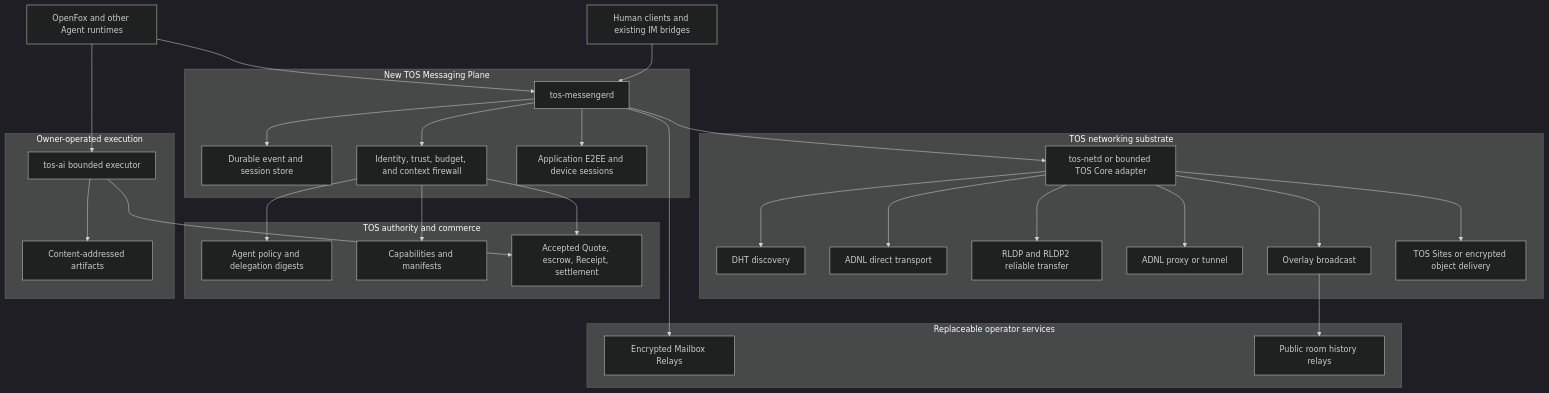
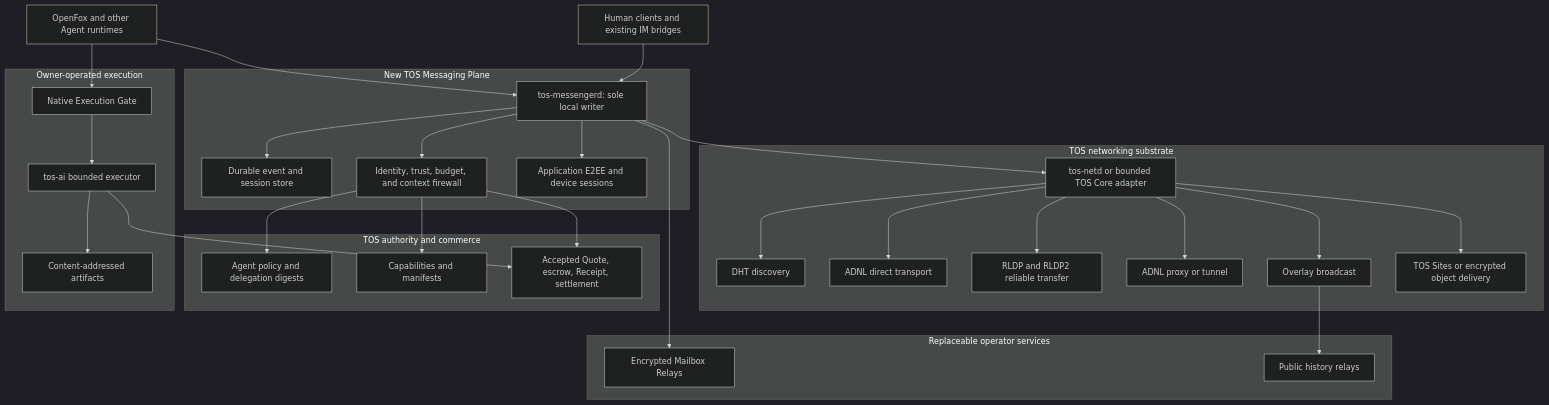
Before and after one commit to tosnetwork/tos-service-spec: the diagram in docs/AGENT_NATIVE_MESSENGER_V1.md, drawn with Mermaid (dark theme). The commit also changed other lines of this file, not shown here.

Commit message:
Correct Messenger authority, storage, transport, and roadmap boundaries

````diff
--- a/docs/AGENT_NATIVE_MESSENGER_V1.md
+++ b/docs/AGENT_NATIVE_MESSENGER_V1.md
@@ -185,59 +232,61 @@
 ```mermaid
 flowchart TB
     Humans[Human clients and existing IM bridges]
     Agents[OpenFox and other Agent runtimes]
 
     subgraph Messaging[New TOS Messaging Plane]
-        Daemon[tos-messengerd]
+        Daemon[tos-messengerd: sole local writer]
         Store[Durable event and session store]
         Policy[Identity, trust, budget, and context firewall]
         Crypto[Application E2EE and device sessions]
     end
 
     subgraph Transport[TOS networking substrate]
         NetAdapter[tos-netd or bounded TOS Core adapter]
         DHT[DHT discovery]
         ADNL[ADNL direct transport]
         RLDP[RLDP and RLDP2 reliable transfer]
         Proxy[ADNL proxy or tunnel]
         Overlay[Overlay broadcast]
         Sites[TOS Sites or encrypted object delivery]
     end
 
     subgraph Relays[Replaceable operator services]
         Mailbox[Encrypted Mailbox Relays]
-        History[Public room history relays]
+        History[Public history relays]
     end
 
     subgraph Authority[TOS authority and commerce]
         Identity[Agent policy and delegation digests]
         Capability[Capabilities and manifests]
         Commerce[Accepted Quote, escrow, Receipt, settlement]
     end
 
     subgraph Execution[Owner-operated execution]
+        Gate[Native Execution Gate]
         TOSAI[tos-ai bounded executor]
         Artifacts[Content-addressed artifacts]
     end
 
     Humans --> Daemon
     Agents --> Daemon
     Daemon --> Store
     Daemon --> Policy
     Daemon --> Crypto
     Daemon --> NetAdapter
     NetAdapter --> DHT
     NetAdapter --> ADNL
     NetAdapter --> RLDP
     NetAdapter --> Proxy
     NetAdapter --> Overlay
     NetAdapter --> Sites
     Daemon --> Mailbox
     Overlay --> History
     Policy --> Identity
     Policy --> Capability
     Policy --> Commerce
-    Agents --> TOSAI
+    Agents --> Gate
+    Gate --> TOSAI
     TOSAI --> Artifacts
     TOSAI --> Commerce
 ```
````
